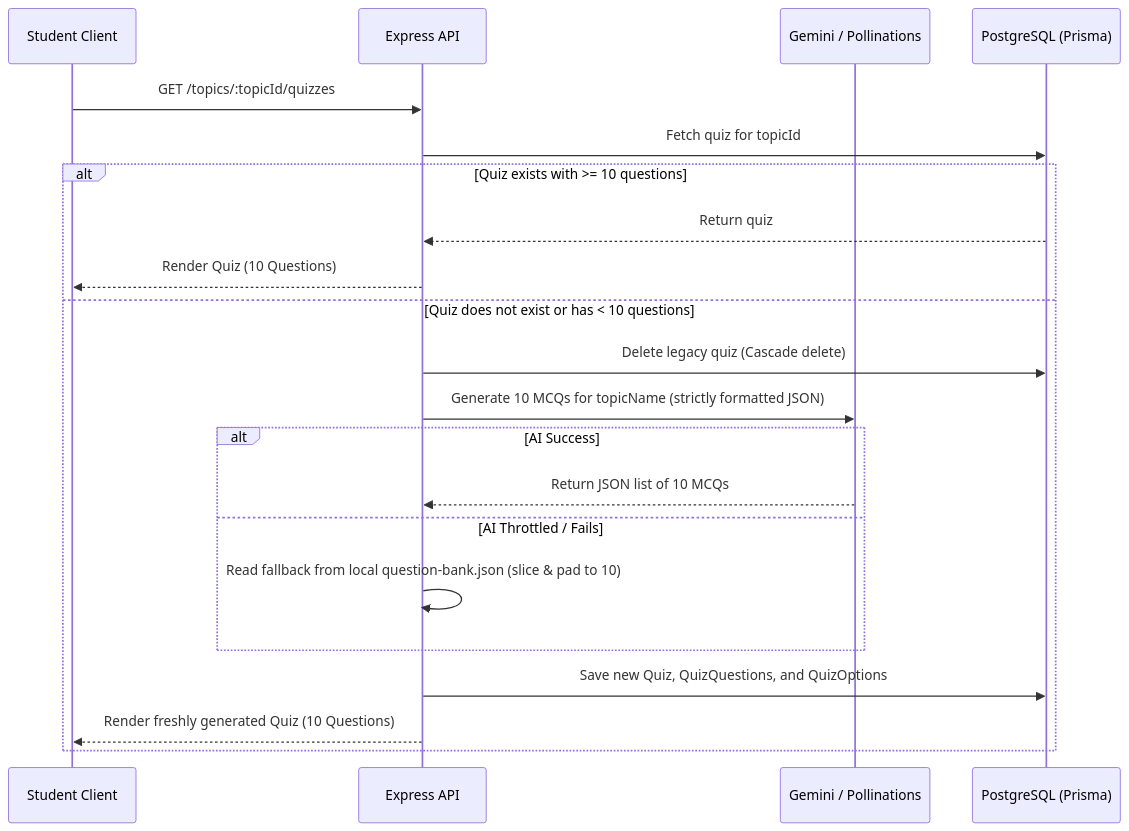
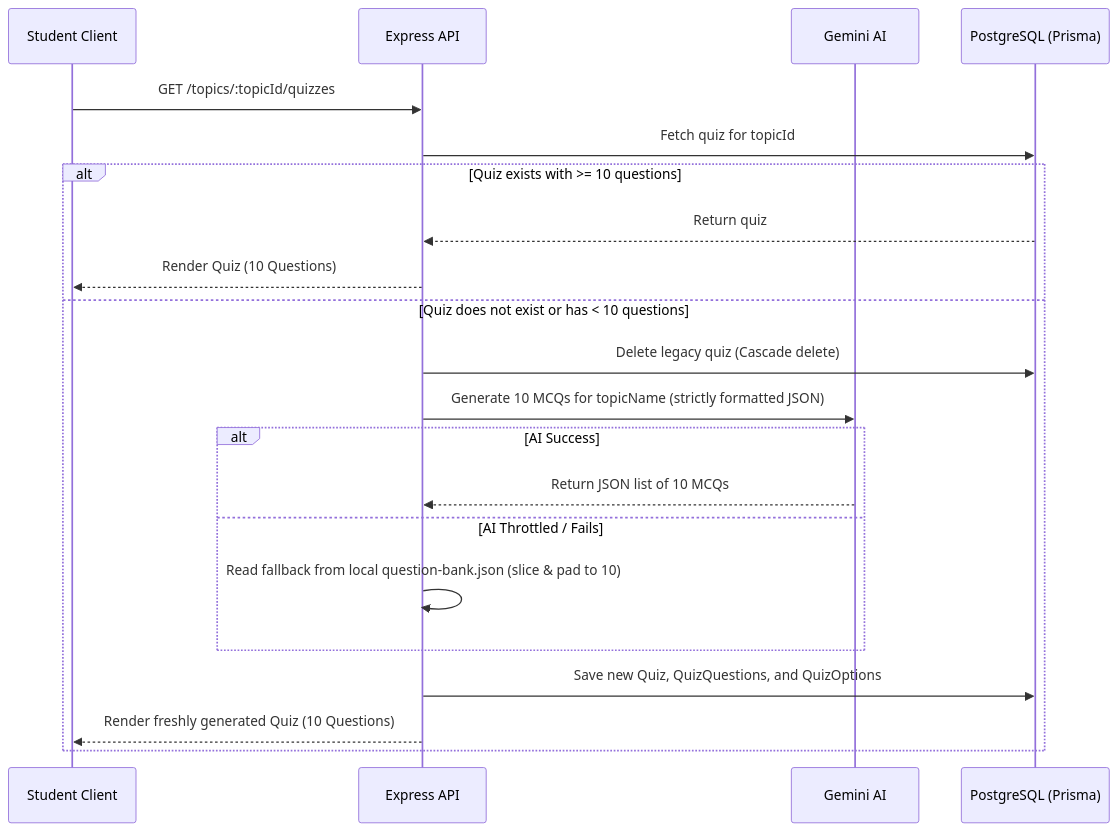
The second of 4 diagrams in workflow_documentation.md (Prathisha71/Nexora-Learning-Management-System), drawn with Mermaid before and after one commit. The commit also changed other lines of this file and 3 other files, not shown here.

````diff
--- a/workflow_documentation.md
+++ b/workflow_documentation.md
@@ -37,27 +37,27 @@
 ```mermaid
 sequenceDiagram
     participant User as Student Client
     participant API as Express API
-    participant AI as Gemini / Pollinations
+    participant AI as Gemini AI
     participant DB as PostgreSQL (Prisma)
 
     User->>API: GET /topics/:topicId/quizzes
     API->>DB: Fetch quiz for topicId
     
     alt Quiz exists with >= 10 questions
         DB-->>API: Return quiz
         API-->>User: Render Quiz (10 Questions)
     else Quiz does not exist or has < 10 questions
         API->>DB: Delete legacy quiz (Cascade delete)
         API->>AI: Generate 10 MCQs for topicName (strictly formatted JSON)
         
         alt AI Success
             AI-->>API: Return JSON list of 10 MCQs
         else AI Throttled / Fails
             API->>API: Read fallback from local question-bank.json (slice & pad to 10)
         end
         
         API->>DB: Save new Quiz, QuizQuestions, and QuizOptions
         API-->>User: Render freshly generated Quiz (10 Questions)
     end
 ```
````
